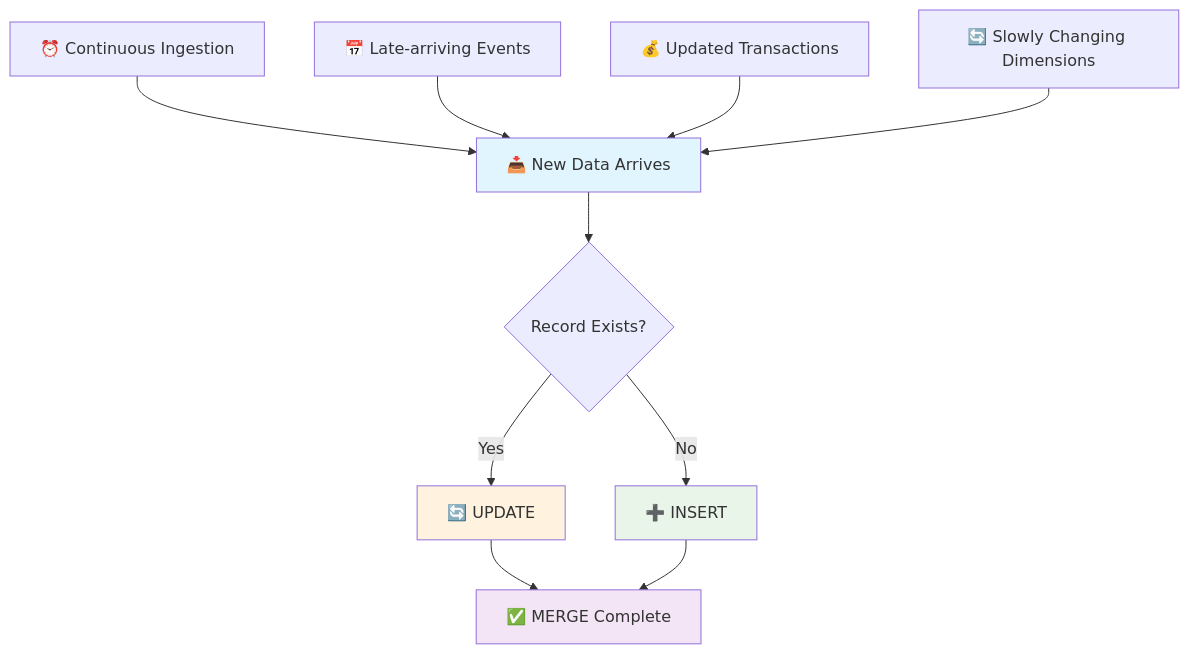
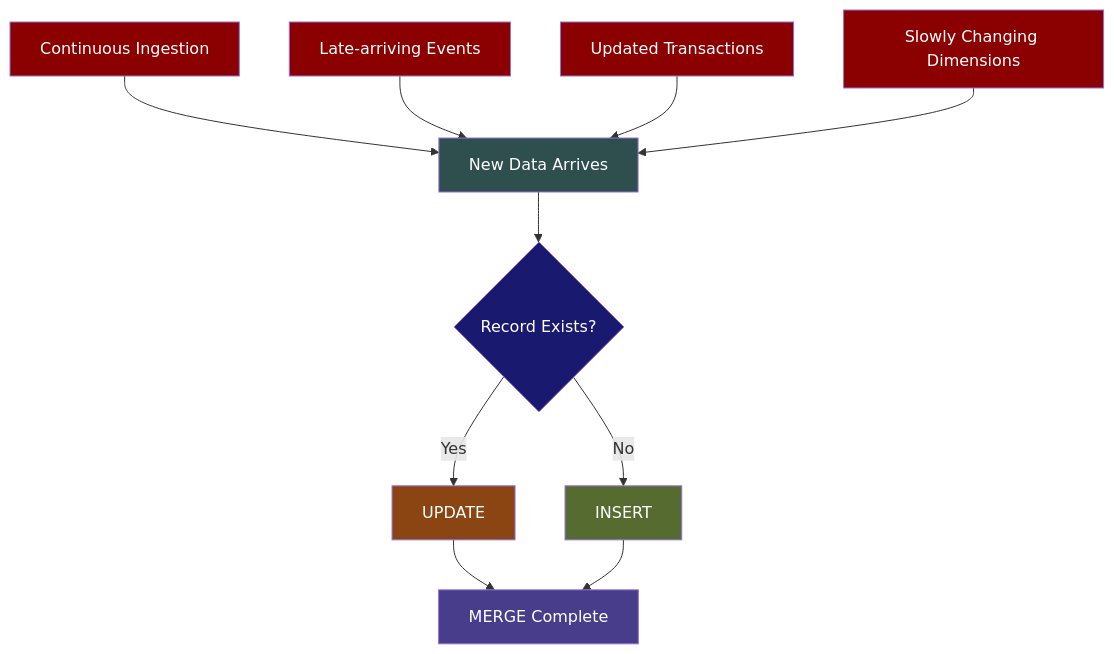
The third of 8 diagrams in week4/week4.md (mnclogenai/clogenai_academy_data_eng_training), drawn with Mermaid before and after one commit. The commit also changed other lines of this file, not shown here.

````diff
--- a/week4/week4.md
+++ b/week4/week4.md
@@ -87,18 +121,23 @@
 ```mermaid
 graph TD
-    A["📥 New Data Arrives"] --> B{"Record Exists?"}
-    B -->|Yes| C["🔄 UPDATE"]
-    B -->|No| D["➕ INSERT"]
-    C --> E["✅ MERGE Complete"]
+    A["New Data Arrives"] --> B{"Record Exists?"}
+    B -->|Yes| C["UPDATE"]
+    B -->|No| D["INSERT"]
+    C --> E["MERGE Complete"]
     D --> E
     
-    F["⏰ Continuous Ingestion"] --> A
-    G["📅 Late-arriving Events"] --> A
-    H["💰 Updated Transactions"] --> A
-    I["🔄 Slowly Changing Dimensions"] --> A
+    F["Continuous Ingestion"] --> A
+    G["Late-arriving Events"] --> A
+    H["Updated Transactions"] --> A
+    I["Slowly Changing Dimensions"] --> A
     
-    style A fill:#e1f5fe
-    style C fill:#fff3e0
-    style D fill:#e8f5e8
-    style E fill:#f3e5f5
+    style A fill:#2F4F4F,color:#fff
+    style B fill:#191970,color:#fff
+    style C fill:#8B4513,color:#fff
+    style D fill:#556B2F,color:#fff
+    style E fill:#483D8B,color:#fff
+    style F fill:#8B0000,color:#fff
+    style G fill:#8B0000,color:#fff
+    style H fill:#8B0000,color:#fff
+    style I fill:#8B0000,color:#fff
 ```
````
